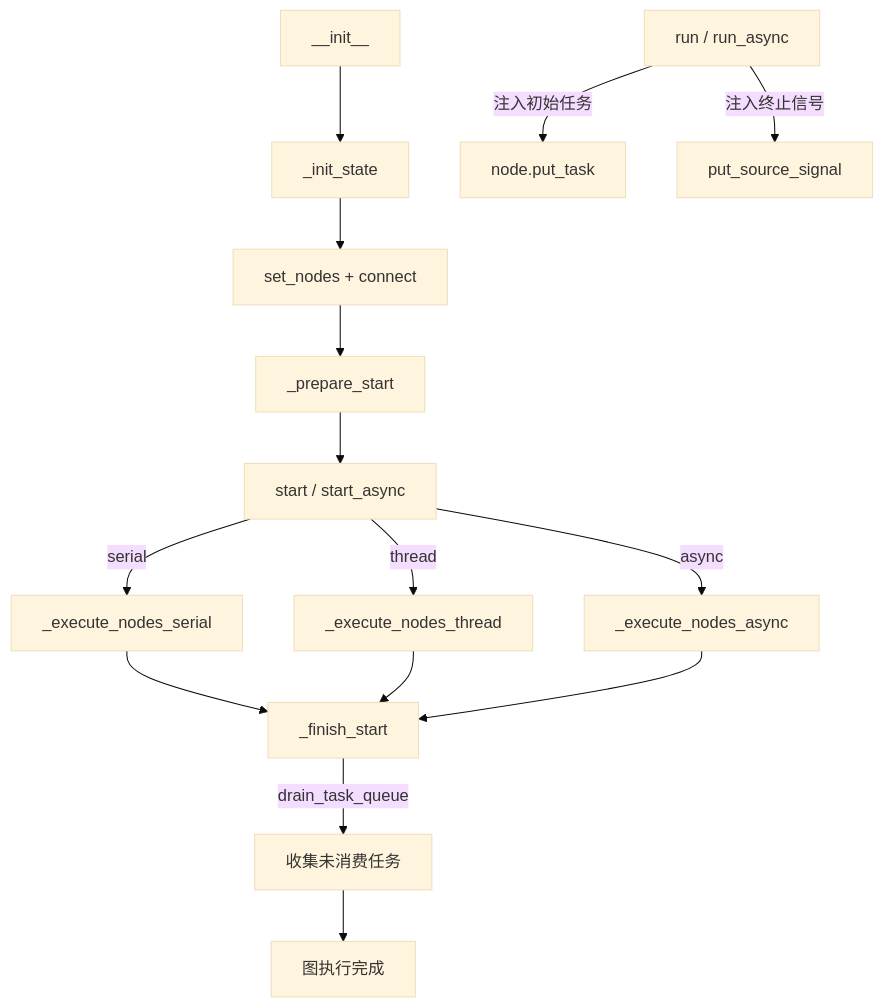
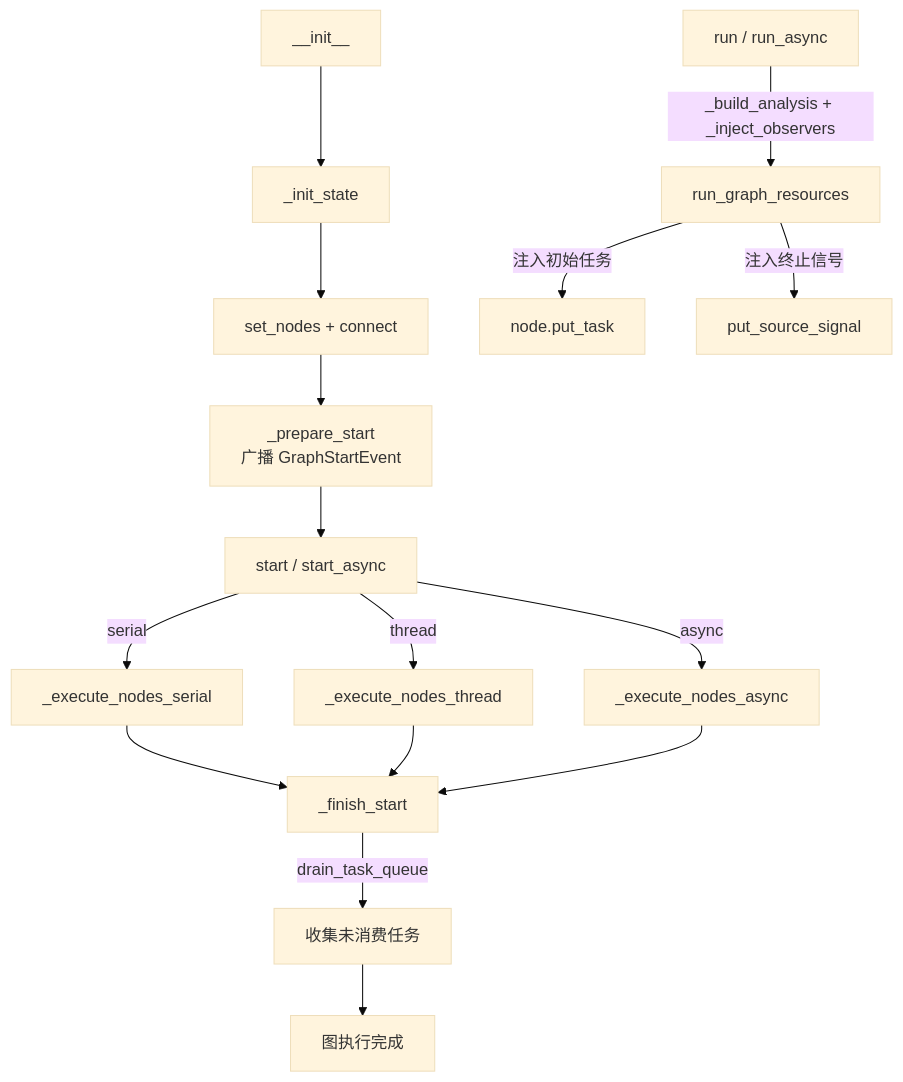
Before and after one commit to Mr-xiaotian/CelestialFlow: the second of 2 diagrams in docs/zh-CN/src/graph/core_graph.md, drawn with Mermaid (base theme). The commit also changed other lines of this file and 79 other files, not shown here.

````diff
--- a/docs/zh-CN/src/graph/core_graph.md
+++ b/docs/zh-CN/src/graph/core_graph.md
@@ -368,18 +476,19 @@
 ```mermaid
 flowchart TD
     INIT[__init__] --> INIT_STATE[_init_state]
     INIT_STATE --> BUILD[set_nodes + connect]
-    BUILD --> PREPARE[_prepare_start]
+    BUILD --> PREPARE[_prepare_start<br/>广播 GraphStartEvent]
     PREPARE --> START[start / start_async]
     START -->|serial| SER[_execute_nodes_serial]
     START -->|thread| THR[_execute_nodes_thread]
     START -->|async| ASY[_execute_nodes_async]
     SER --> FINISH[_finish_start]
     THR --> FINISH
     ASY --> FINISH
     FINISH -->|drain_task_queue| DRAIN[收集未消费任务]
     DRAIN --> END[图执行完成]
 
-    RUN[run / run_async] -->|注入初始任务| PUT[node.put_task]
-    RUN -->|注入终止信号| SIGNAL[put_source_signal]
+    RUN[run / run_async] -->|_build_analysis + _inject_observers| RES[run_graph_resources]
+    RES -->|注入初始任务| PUT[node.put_task]
+    RES -->|注入终止信号| SIGNAL[put_source_signal]
 ```
````
